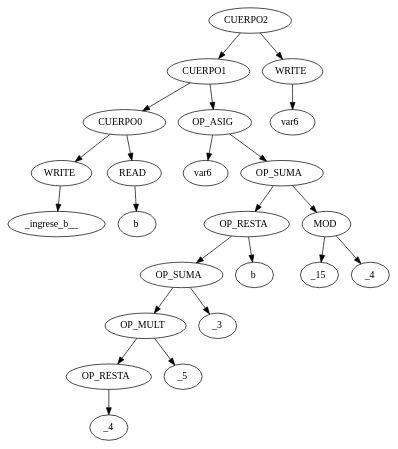
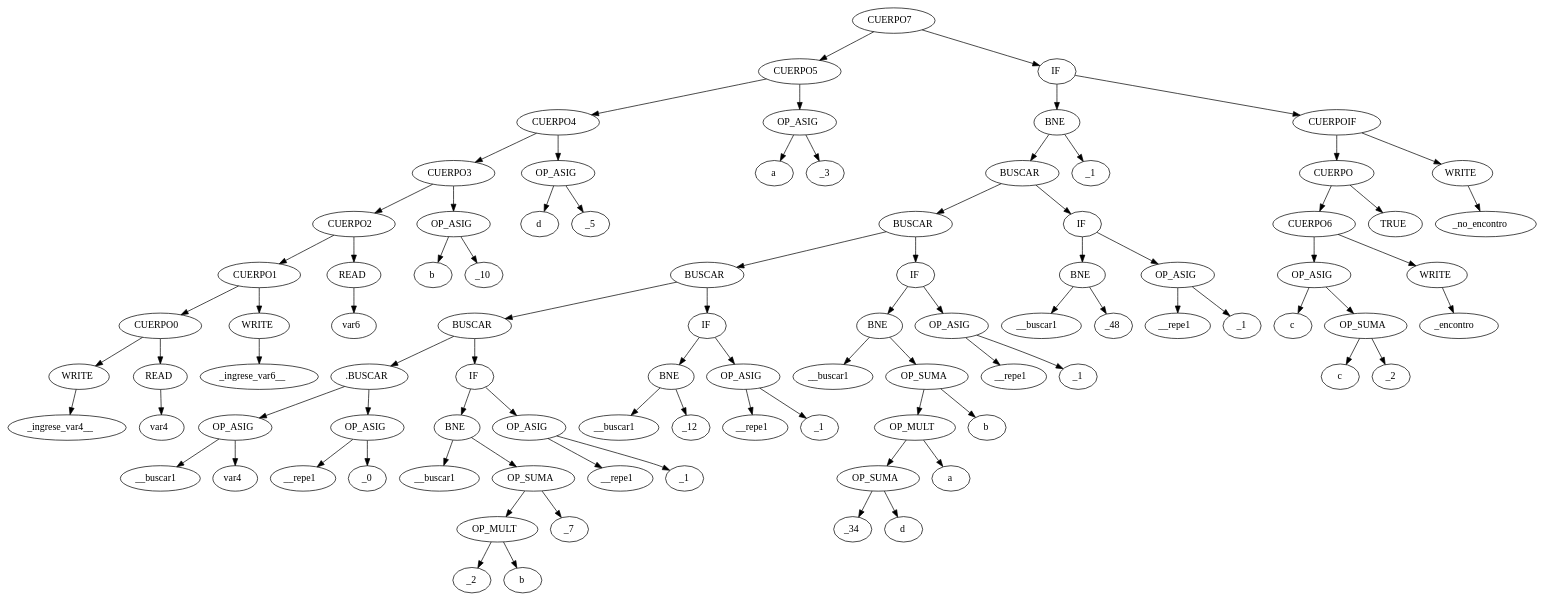
One commit to JonatanGrassi/TP_compiladorLyC changed the diagram in graph.dot. Above: the diagram before and after it, drawn with Graphviz. The commit also changed 11 other files, not shown here.

```diff
--- a/graph.dot
+++ b/graph.dot
@@ -1,47 +1,179 @@
 digraph BST {
-x0 [label=<CUERPO2>];
-x1 [label=<CUERPO1>];
+x0 [label=<CUERPO7>];
+x1 [label=<CUERPO5>];
 x0 -> x1;
-x3 [label=<CUERPO0>];
+x3 [label=<CUERPO4>];
 x1 -> x3;
-x7 [label=<WRITE>];
+x7 [label=<CUERPO3>];
 x3 -> x7;
-x15 [label=<_ingrese_b__>];
+x15 [label=<CUERPO2>];
 x7 -> x15;
-x8 [label=<READ>];
+x31 [label=<CUERPO1>];
+x15 -> x31;
+x63 [label=<CUERPO0>];
+x31 -> x63;
+x127 [label=<WRITE>];
+x63 -> x127;
+x255 [label=<_ingrese_var4__>];
+x127 -> x255;
+x128 [label=<READ>];
+x63 -> x128;
+x257 [label=<var4>];
+x128 -> x257;
+x64 [label=<WRITE>];
+x31 -> x64;
+x129 [label=<_ingrese_var6__>];
+x64 -> x129;
+x32 [label=<READ>];
+x15 -> x32;
+x65 [label=<var6>];
+x32 -> x65;
+x16 [label=<OP_ASIG>];
+x7 -> x16;
+x33 [label=<b>];
+x16 -> x33;
+x34 [label=<_10>];
+x16 -> x34;
+x8 [label=<OP_ASIG>];
 x3 -> x8;
-x17 [label=<b>];
+x17 [label=<d>];
 x8 -> x17;
+x18 [label=<_5>];
+x8 -> x18;
 x4 [label=<OP_ASIG>];
 x1 -> x4;
-x9 [label=<var6>];
+x9 [label=<a>];
 x4 -> x9;
-x10 [label=<OP_SUMA>];
+x10 [label=<_3>];
 x4 -> x10;
-x21 [label=<OP_RESTA>];
-x10 -> x21;
-x43 [label=<OP_SUMA>];
-x21 -> x43;
-x87 [label=<OP_MULT>];
-x43 -> x87;
-x175 [label=<OP_RESTA>];
-x87 -> x175;
-x351 [label=<_4>];
-x175 -> x351;
-x176 [label=<_5>];
-x87 -> x176;
-x88 [label=<_3>];
-x43 -> x88;
-x44 [label=<b>];
-x21 -> x44;
-x22 [label=<MOD>];
-x10 -> x22;
-x45 [label=<_15>];
-x22 -> x45;
-x46 [label=<_4>];
-x22 -> x46;
-x2 [label=<WRITE>];
+x2 [label=<IF>];
 x0 -> x2;
-x5 [label=<var6>];
+x5 [label=<BNE>];
 x2 -> x5;
+x11 [label=<BUSCAR>];
+x5 -> x11;
+x23 [label=<BUSCAR>];
+x11 -> x23;
+x47 [label=<BUSCAR>];
+x23 -> x47;
+x95 [label=<BUSCAR>];
+x47 -> x95;
+x191 [label=<.BUSCAR>];
+x95 -> x191;
+x383 [label=<OP_ASIG>];
+x191 -> x383;
+x767 [label=<__buscar1>];
+x383 -> x767;
+x768 [label=<var4>];
+x383 -> x768;
+x384 [label=<OP_ASIG>];
+x191 -> x384;
+x769 [label=<__repe1>];
+x384 -> x769;
+x770 [label=<_0>];
+x384 -> x770;
+x192 [label=<IF>];
+x95 -> x192;
+x385 [label=<BNE>];
+x192 -> x385;
+x771 [label=<__buscar1>];
+x385 -> x771;
+x772 [label=<OP_SUMA>];
+x385 -> x772;
+x1545 [label=<OP_MULT>];
+x772 -> x1545;
+x3091 [label=<_2>];
+x1545 -> x3091;
+x3092 [label=<b>];
+x1545 -> x3092;
+x1546 [label=<_7>];
+x772 -> x1546;
+x386 [label=<OP_ASIG>];
+x192 -> x386;
+x773 [label=<__repe1>];
+x386 -> x773;
+x774 [label=<_1>];
+x386 -> x774;
+x96 [label=<IF>];
+x47 -> x96;
+x193 [label=<BNE>];
+x96 -> x193;
+x387 [label=<__buscar1>];
+x193 -> x387;
+x388 [label=<_12>];
+x193 -> x388;
+x194 [label=<OP_ASIG>];
+x96 -> x194;
+x389 [label=<__repe1>];
+x194 -> x389;
+x390 [label=<_1>];
+x194 -> x390;
+x48 [label=<IF>];
+x23 -> x48;
+x97 [label=<BNE>];
+x48 -> x97;
+x195 [label=<__buscar1>];
+x97 -> x195;
+x196 [label=<OP_SUMA>];
+x97 -> x196;
+x393 [label=<OP_MULT>];
+x196 -> x393;
+x787 [label=<OP_SUMA>];
+x393 -> x787;
+x1575 [label=<_34>];
+x787 -> x1575;
+x1576 [label=<d>];
+x787 -> x1576;
+x788 [label=<a>];
+x393 -> x788;
+x394 [label=<b>];
+x196 -> x394;
+x98 [label=<OP_ASIG>];
+x48 -> x98;
+x197 [label=<__repe1>];
+x98 -> x197;
+x198 [label=<_1>];
+x98 -> x198;
+x24 [label=<IF>];
+x11 -> x24;
+x49 [label=<BNE>];
+x24 -> x49;
+x99 [label=<__buscar1>];
+x49 -> x99;
+x100 [label=<_48>];
+x49 -> x100;
+x50 [label=<OP_ASIG>];
+x24 -> x50;
+x101 [label=<__repe1>];
+x50 -> x101;
+x102 [label=<_1>];
+x50 -> x102;
+x12 [label=<_1>];
+x5 -> x12;
+x6 [label=<CUERPOIF>];
+x2 -> x6;
+x13 [label=<CUERPO>];
+x6 -> x13;
+x27 [label=<CUERPO6>];
+x13 -> x27;
+x55 [label=<OP_ASIG>];
+x27 -> x55;
+x111 [label=<c>];
+x55 -> x111;
+x112 [label=<OP_SUMA>];
+x55 -> x112;
+x225 [label=<c>];
+x112 -> x225;
+x226 [label=<_2>];
+x112 -> x226;
+x56 [label=<WRITE>];
+x27 -> x56;
+x113 [label=<_encontro>];
+x56 -> x113;
+x28 [label=<TRUE>];
+x13 -> x28;
+x14 [label=<WRITE>];
+x6 -> x14;
+x29 [label=<_no_encontro>];
+x14 -> x29;
 }
```
